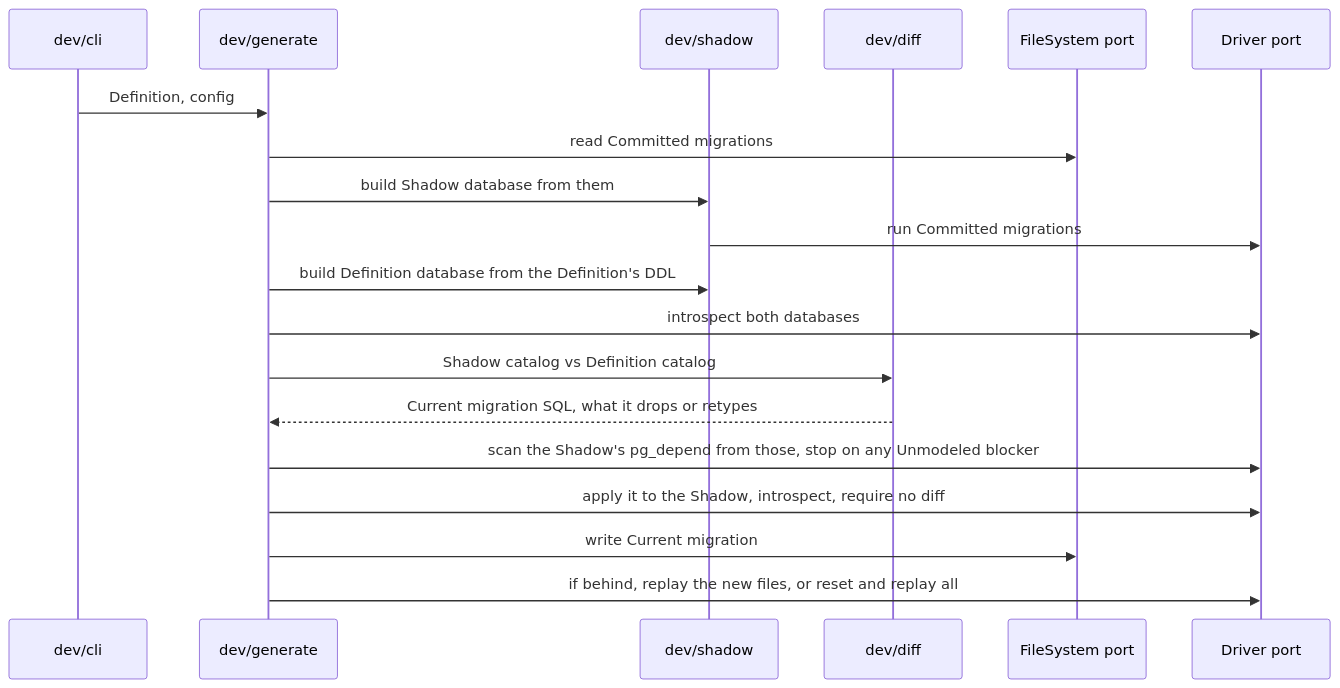
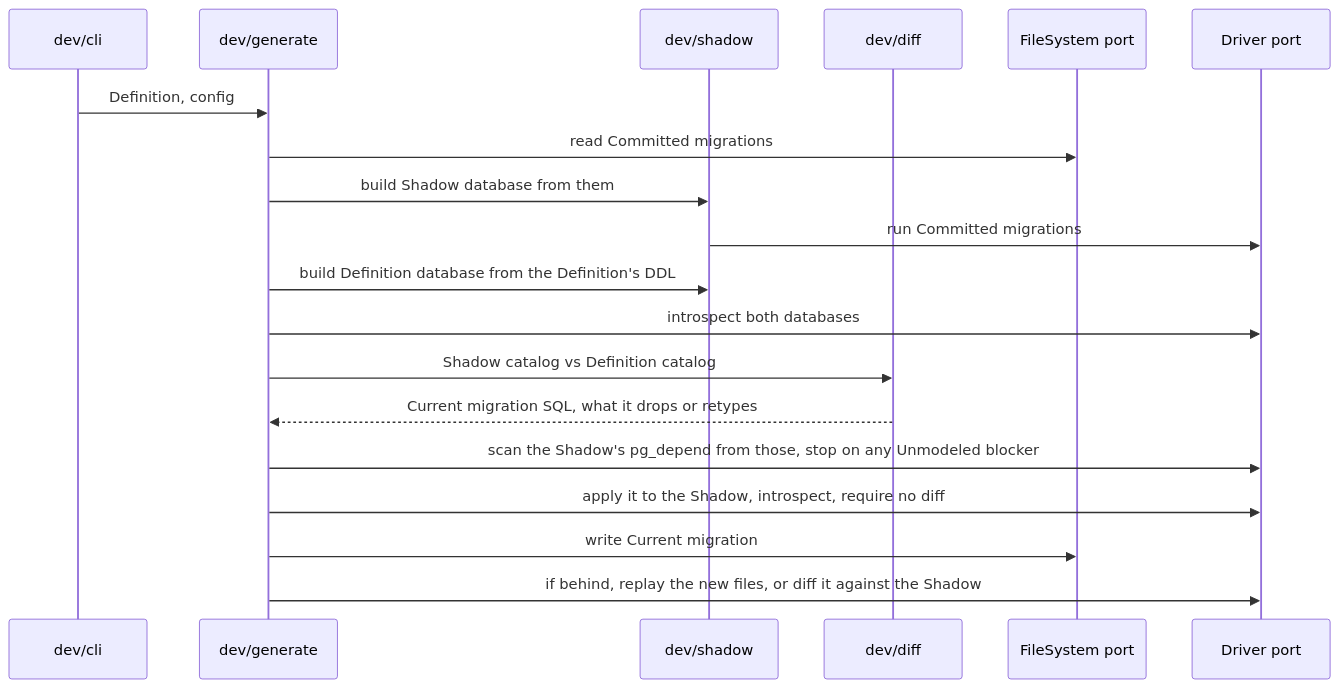
The first of 5 diagrams in docs/architecture/cli.md (smonn/db), drawn with Mermaid before and after one commit. The commit also changed other lines of this file and 13 other files, not shown here.

First line of the commit message:
fix(generate): diff the Dev database against the Shadow instead of resetting

````diff
--- a/docs/architecture/cli.md
+++ b/docs/architecture/cli.md
@@ -28,22 +28,22 @@
 ```mermaid
 sequenceDiagram
   participant CLI as dev/cli
   participant Gen as dev/generate
   participant Shadow as dev/shadow
   participant Diff as dev/diff
   participant FS as FileSystem port
   participant DB as Driver port
 
   CLI->>Gen: Definition, config
   Gen->>FS: read Committed migrations
   Gen->>Shadow: build Shadow database from them
   Shadow->>DB: run Committed migrations
   Gen->>Shadow: build Definition database from the Definition's DDL
   Gen->>DB: introspect both databases
   Gen->>Diff: Shadow catalog vs Definition catalog
   Diff-->>Gen: Current migration SQL, what it drops or retypes
   Gen->>DB: scan the Shadow's pg_depend from those, stop on any Unmodeled blocker
   Gen->>DB: apply it to the Shadow, introspect, require no diff
   Gen->>FS: write Current migration
-  Gen->>DB: if behind, replay the new files, or reset and replay all
+  Gen->>DB: if behind, replay the new files, or diff it against the Shadow
 ```
````
